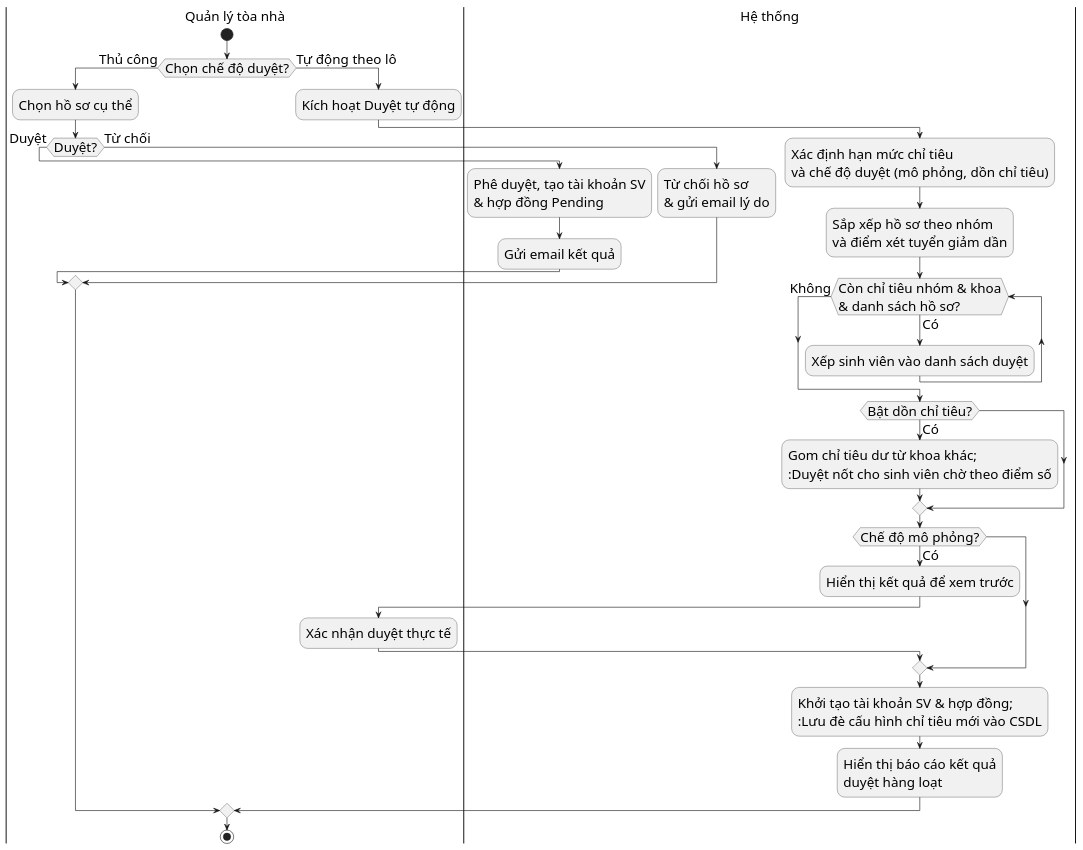
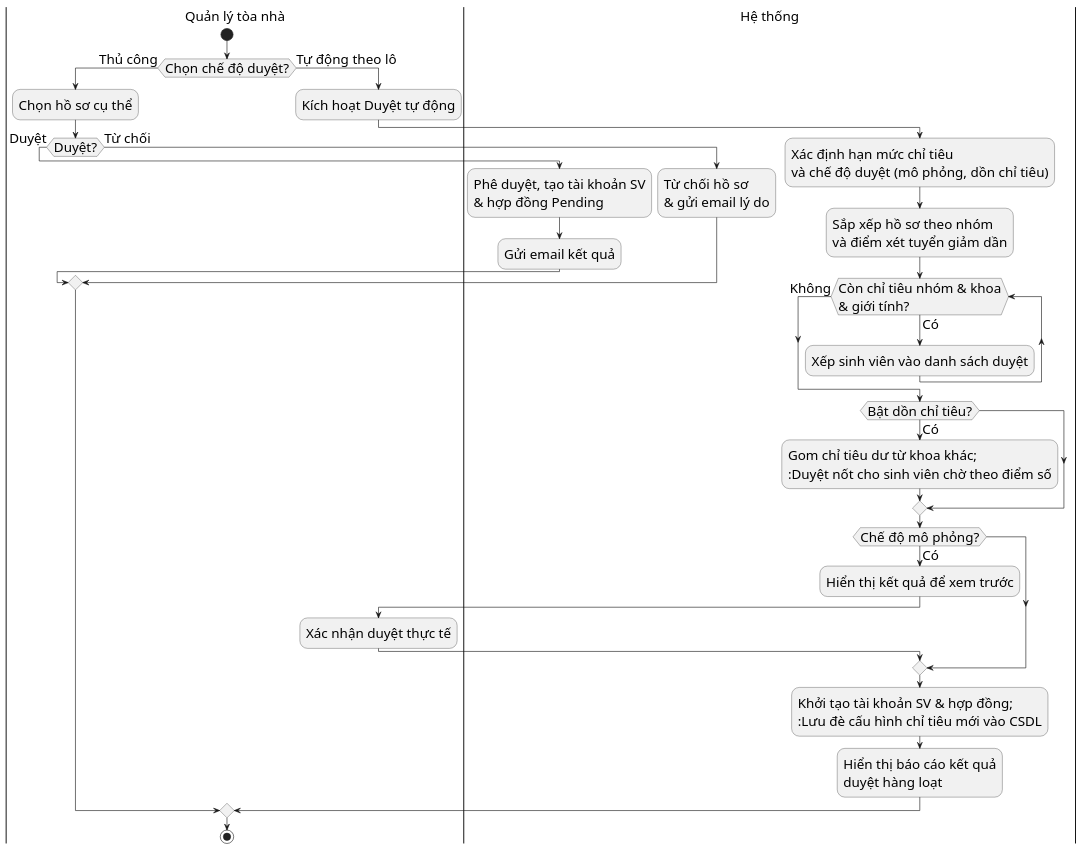
One commit to s0nbuildtech287/dormitory-frontend changed the diagram in diagrams/nhomhosodangky/registration_review_activity.puml. Above: the diagram before and after it, drawn with PlantUML.

```diff
--- a/diagrams/nhomhosodangky/registration_review_activity.puml
+++ b/diagrams/nhomhosodangky/registration_review_activity.puml
@@ -1,39 +1,39 @@
 @startuml "Registration Review Activity"
 skinparam defaultFontSize 22
 skinparam defaultFontName "Times New Roman"
 |Quản lý tòa nhà|
 start
 if (Chọn chế độ duyệt?) then (Thủ công)
   :Chọn hồ sơ cụ thể;
   if (Duyệt?) then (Duyệt)
     |Hệ thống|
     :Phê duyệt, tạo tài khoản SV\n& hợp đồng Pending;
     :Gửi email kết quả;
   else (Từ chối)
     |Hệ thống|
     :Từ chối hồ sơ\n& gửi email lý do;
   endif
 else (Tự động theo lô)
   |Quản lý tòa nhà|
   :Kích hoạt Duyệt tự động;
   |Hệ thống|
   :Xác định hạn mức chỉ tiêu\nvà chế độ duyệt (mô phỏng, dồn chỉ tiêu);
   :Sắp xếp hồ sơ theo nhóm\nvà điểm xét tuyển giảm dần;
-  while (Còn chỉ tiêu nhóm & khoa\n& danh sách hồ sơ?) is (Có)
+  while (Còn chỉ tiêu nhóm & khoa\n& giới tính?) is (Có)
     :Xếp sinh viên vào danh sách duyệt;
   endwhile (Không)
   if (Bật dồn chỉ tiêu?) then (Có)
     :Gom chỉ tiêu dư từ khoa khác;\n:Duyệt nốt cho sinh viên chờ theo điểm số;
   endif
   if (Chế độ mô phỏng?) then (Có)
     :Hiển thị kết quả để xem trước;
     |Quản lý tòa nhà|
     :Xác nhận duyệt thực tế;
     |Hệ thống|
   endif
   :Khởi tạo tài khoản SV & hợp đồng;\n:Lưu đè cấu hình chỉ tiêu mới vào CSDL;
   :Hiển thị báo cáo kết quả\nduyệt hàng loạt;
 endif
 |Quản lý tòa nhà|
 stop
 @enduml
```
